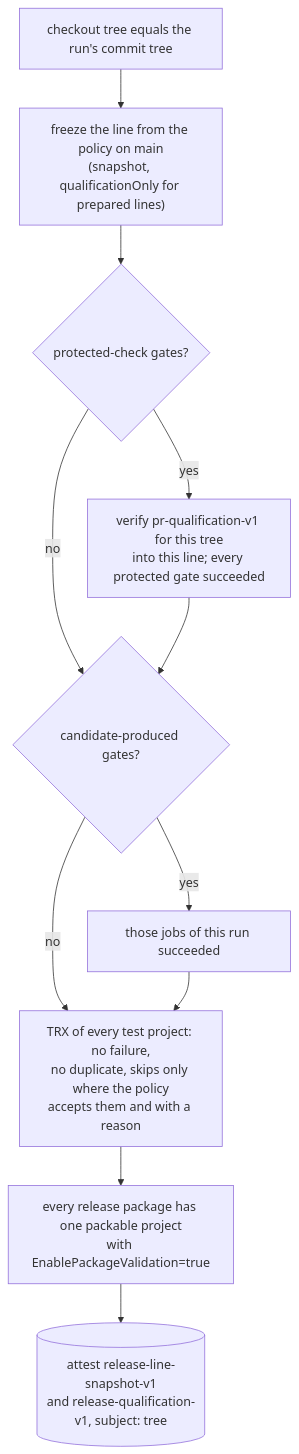
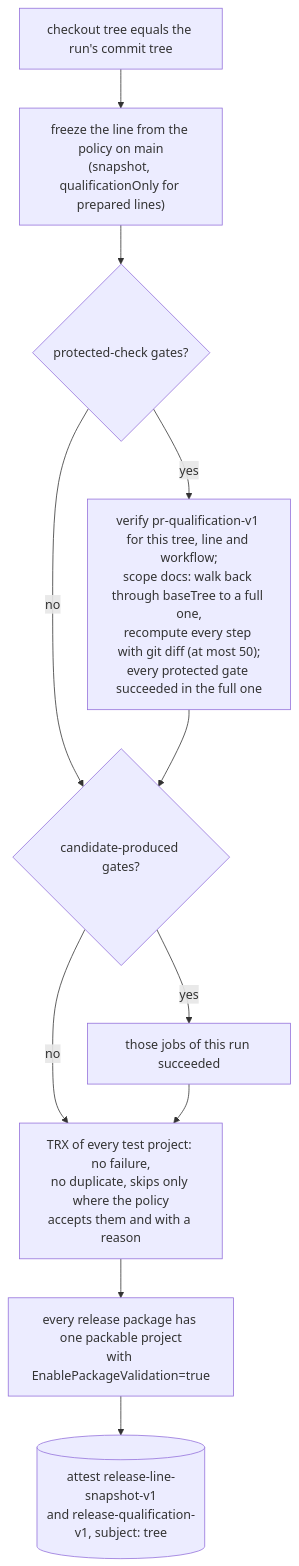
One commit to doka-labs/workflows changed diagram 11 of 19 in docs/overview.md. Above: the diagram before and after it, drawn with Mermaid. The commit also changed other lines of this file and 21 other files, not shown here.

````diff
--- a/docs/overview.md
+++ b/docs/overview.md
@@ -284,13 +295,13 @@
 ```mermaid
 flowchart TB
   q1["checkout tree equals the run's commit tree"] --> q2["freeze the line from the policy on main<br/>(snapshot, qualificationOnly for prepared lines)"]
   q2 --> q3{"protected-check gates?"}
-  q3 -- yes --> q4["verify pr-qualification-v1 for this tree<br/>into this line; every protected gate succeeded"]
+  q3 -- yes --> q4["verify pr-qualification-v1 for this tree, line and workflow;<br/>scope docs: walk back through baseTree to a full one,<br/>recompute every step with git diff (at most 50);<br/>every protected gate succeeded in the full one"]
   q3 -- no --> q5
   q4 --> q5{"candidate-produced gates?"}
   q5 -- yes --> q6["those jobs of this run succeeded"]
   q5 -- no --> q7
   q6 --> q7["TRX of every test project: no failure,<br/>no duplicate, skips only where the policy<br/>accepts them and with a reason"]
   q7 --> q8["every release package has one packable project<br/>with EnablePackageValidation=true"]
   q8 --> q9[("attest release-line-snapshot-v1<br/>and release-qualification-v1, subject: tree")]
 ```
````
